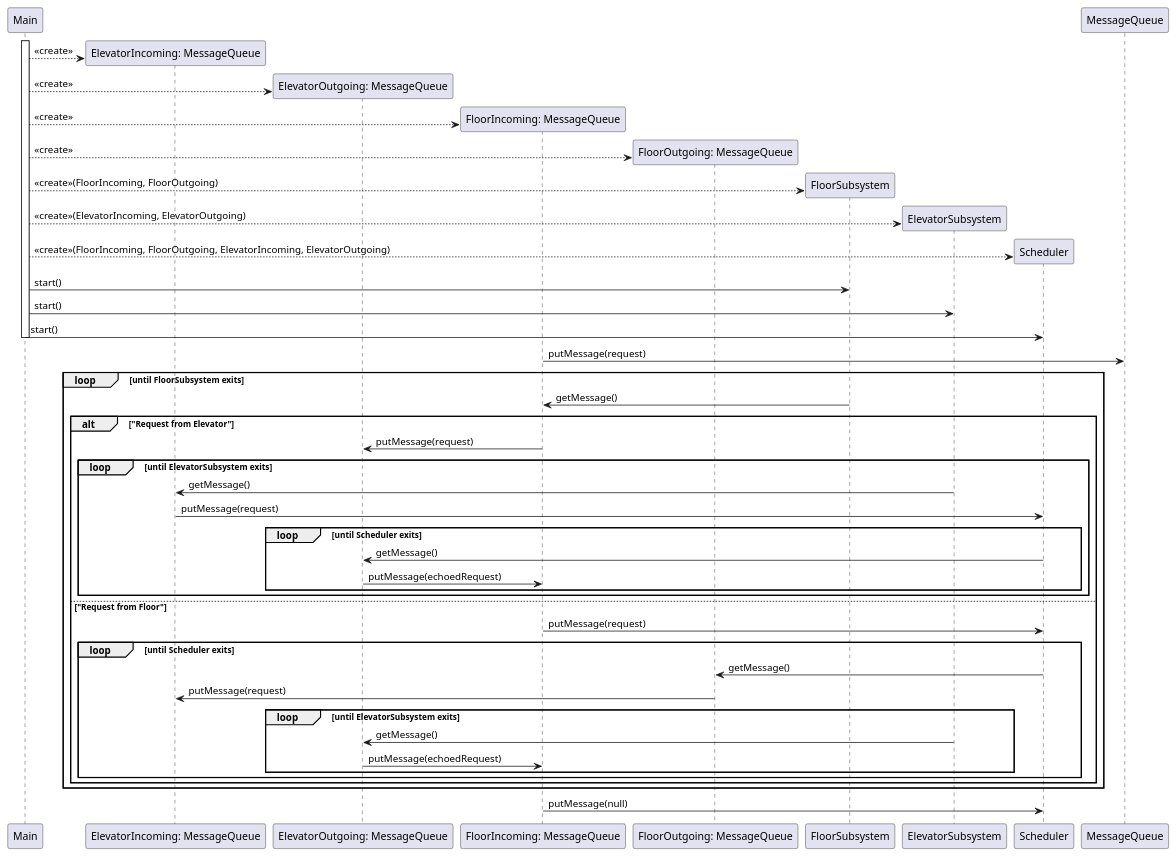
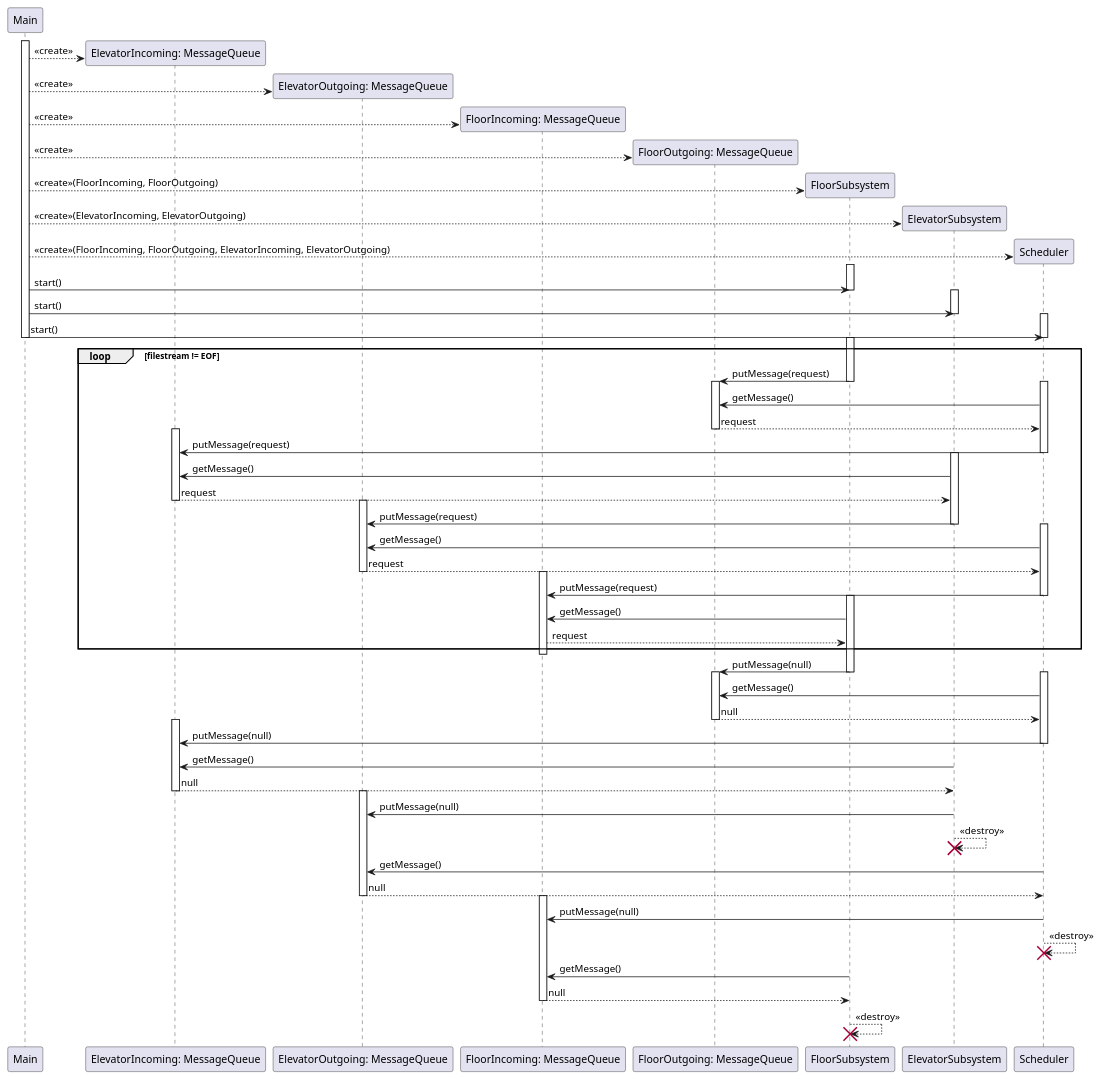
Before and after one commit to GAchuzia/groupProject-SYSC3303: the diagram in SequenceUML.puml, drawn with PlantUML.

Commit message:
Sequence diagram now follows real program flow.

```diff
--- a/SequenceUML.puml
+++ b/SequenceUML.puml
@@ -1,57 +1,118 @@
 @startuml
 'autonumber
 
 participant Main
 
 activate Main
 create "ElevatorIncoming: MessageQueue" as ElevatorIncoming
 Main --> ElevatorIncoming: <<create>>
 create "ElevatorOutgoing: MessageQueue" as ElevatorOutgoing
 Main --> ElevatorOutgoing: <<create>>
 create "FloorIncoming: MessageQueue" as FloorIncoming
 Main --> FloorIncoming: <<create>>
 create "FloorOutgoing: MessageQueue" as FloorOutgoing
 Main --> FloorOutgoing: <<create>>
 
 create FloorSubsystem
 Main --> FloorSubsystem: <<create>>(FloorIncoming, FloorOutgoing)
 create ElevatorSubsystem
 Main --> ElevatorSubsystem: <<create>>(ElevatorIncoming, ElevatorOutgoing)
 create Scheduler
 Main --> Scheduler: <<create>>(FloorIncoming, FloorOutgoing, ElevatorIncoming, ElevatorOutgoing)
 
+activate FloorSubsystem
 Main -> FloorSubsystem: start()
+deactivate FloorSubsystem
+activate ElevatorSubsystem
 Main -> ElevatorSubsystem: start()
+deactivate ElevatorSubsystem
+activate Scheduler
 Main -> Scheduler: start()
+deactivate Scheduler
 
 deactivate Main
 
-FloorIncoming -> MessageQueue: putMessage(request)
-loop until FloorSubsystem exits
+loop filestream != EOF
+
+    ' FloorSubsystem produces a request
+    activate FloorSubsystem
+    FloorSubsystem -> FloorOutgoing: putMessage(request)
+    deactivate FloorSubsystem
+
+    ' Scheduler gets request
+    activate Scheduler
+    activate FloorOutgoing
+    Scheduler -> FloorOutgoing: getMessage()
+    FloorOutgoing --> Scheduler: request
+    deactivate FloorOutgoing
+
+    ' Scheduler forwards request to elevator subsystem
+    activate ElevatorIncoming
+    Scheduler -> ElevatorIncoming: putMessage(request)
+    deactivate Scheduler
+
+    ' Elevator subsystem echoes request back to its outgoing
+    activate ElevatorSubsystem
+    ElevatorSubsystem -> ElevatorIncoming: getMessage()
+    ElevatorIncoming --> ElevatorSubsystem: request
+    deactivate ElevatorIncoming
+    activate ElevatorOutgoing
+    ElevatorSubsystem -> ElevatorOutgoing: putMessage(request)
+    deactivate ElevatorSubsystem
+
+    ' Scheduler forwards elevator outgoing back to floor
+    activate Scheduler
+    Scheduler -> ElevatorOutgoing: getMessage()
+    ElevatorOutgoing --> Scheduler: request
+    deactivate ElevatorOutgoing
+    activate FloorIncoming
+    Scheduler -> FloorIncoming: putMessage(request)
+    deactivate Scheduler
+
+    ' Floor reads message
+    activate FloorSubsystem
     FloorSubsystem -> FloorIncoming: getMessage()
-    alt "Request from Elevator"
-        FloorIncoming -> ElevatorOutgoing: putMessage(request)
-        loop until ElevatorSubsystem exits
-            ElevatorSubsystem -> ElevatorIncoming: getMessage()
-            ElevatorIncoming -> Scheduler: putMessage(request)
-            loop until Scheduler exits
-                Scheduler -> ElevatorOutgoing: getMessage()
-                ElevatorOutgoing -> FloorIncoming: putMessage(echoedRequest)
-            end
-        end
-    else "Request from Floor"
-        FloorIncoming -> Scheduler: putMessage(request)
-        loop until Scheduler exits
-            Scheduler -> FloorOutgoing: getMessage()
-            FloorOutgoing -> ElevatorIncoming: putMessage(request)
-            loop until ElevatorSubsystem exits
-                ElevatorSubsystem -> ElevatorOutgoing: getMessage()
-                ElevatorOutgoing -> FloorIncoming: putMessage(echoedRequest)
-            end
-        end
-    end
+    FloorIncoming --> FloorSubsystem: request
 end
 
-FloorIncoming -> Scheduler: putMessage(null)
+    ' FloorSubsystem signals kill message
+    deactivate FloorIncoming
+    FloorSubsystem -> FloorOutgoing: putMessage(null)
+    deactivate FloorSubsystem
+    activate FloorOutgoing
+
+    ' Scheduler forwards kill message to elevator
+    activate Scheduler
+    Scheduler -> FloorOutgoing: getMessage()
+    FloorOutgoing --> Scheduler: null
+    deactivate FloorOutgoing
+    activate ElevatorIncoming
+    Scheduler -> ElevatorIncoming: putMessage(null)
+    deactivate Scheduler
+
+    ' Elevator kills itself
+    ElevatorSubsystem -> ElevatorIncoming: getMessage()
+    ElevatorIncoming --> ElevatorSubsystem: null
+    deactivate ElevatorIncoming
+    activate ElevatorOutgoing
+    ElevatorSubsystem -> ElevatorOutgoing: putMessage(null)
+    ElevatorSubsystem --> ElevatorSubsystem: <<destroy>>
+    destroy ElevatorSubsystem
+
+    ' Scheduler receives self-destruct
+    Scheduler -> ElevatorOutgoing: getMessage()
+    ElevatorOutgoing --> Scheduler: null
+    deactivate ElevatorOutgoing
+    activate FloorIncoming
+    Scheduler -> FloorIncoming: putMessage(null)
+    Scheduler --> Scheduler: <<destroy>>
+    destroy Scheduler
+
+    ' Floor receives self-destruct
+    FloorSubsystem -> FloorIncoming: getMessage()
+    FloorIncoming --> FloorSubsystem: null
+    deactivate FloorIncoming
+    FloorSubsystem --> FloorSubsystem: <<destroy>>
+    destroy FloorSubsystem
 
 @enduml
```
